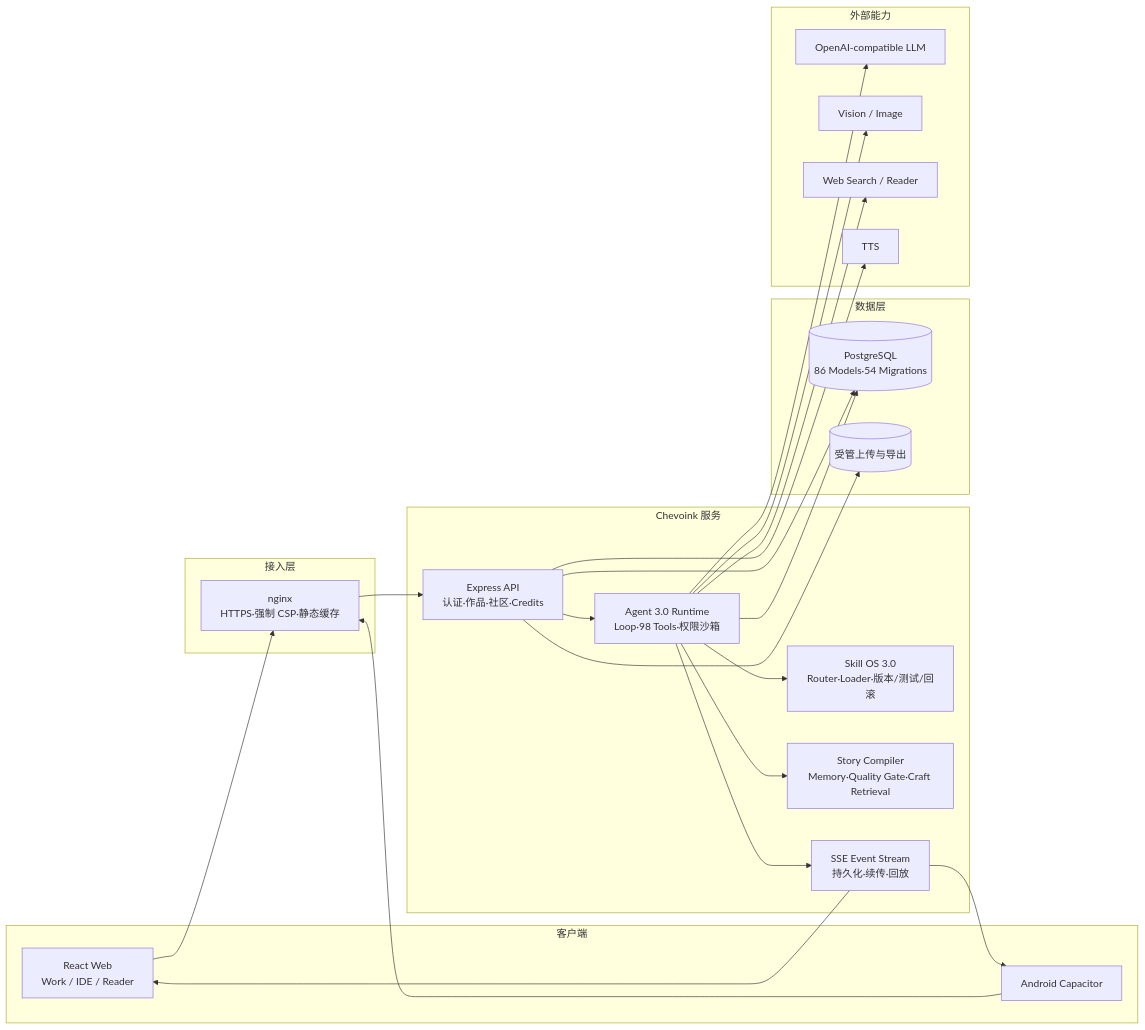
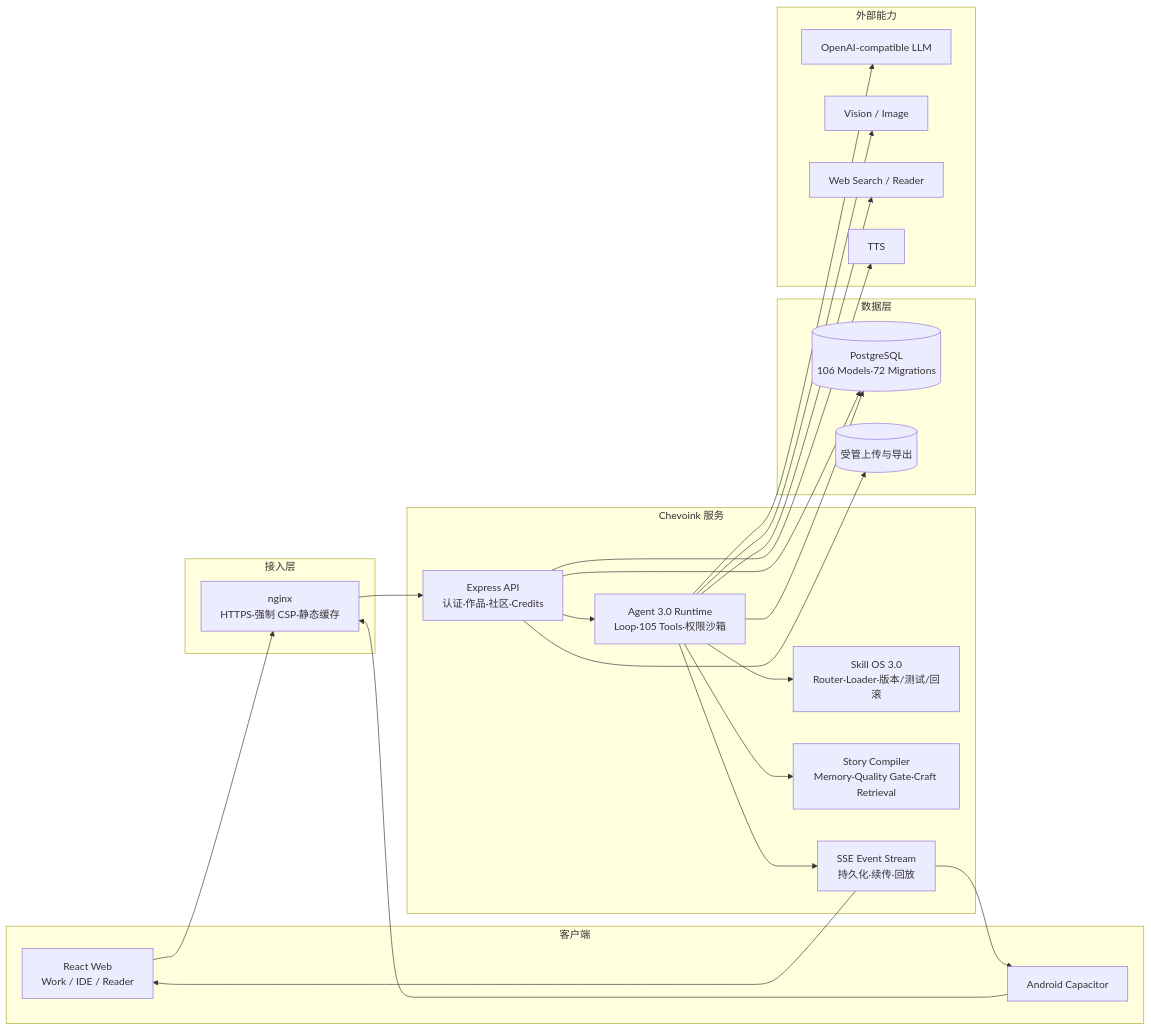
One commit to Xcy8010/chevoink changed the second of 2 diagrams in README.md. Above: the diagram before and after it, drawn with Mermaid. The commit also changed other lines of this file and 5 other files, not shown here.

````diff
--- a/README.md
+++ b/README.md
@@ -77,43 +77,43 @@
 ```mermaid
 flowchart LR
   subgraph Client[客户端]
     WEB[React Web<br/>Work / IDE / Reader]
     APP[Android Capacitor]
   end
   subgraph Edge[接入层]
     NGINX[nginx<br/>HTTPS·强制 CSP·静态缓存]
   end
   subgraph Service[Chevoink 服务]
     API[Express API<br/>认证·作品·社区·Credits]
-    LOOP[Agent 3.0 Runtime<br/>Loop·98 Tools·权限沙箱]
+    LOOP[Agent 3.0 Runtime<br/>Loop·105 Tools·权限沙箱]
     SKILL[Skill OS 3.0<br/>Router·Loader·版本/测试/回滚]
     STORY[Story Compiler<br/>Memory·Quality Gate·Craft Retrieval]
     SSE[SSE Event Stream<br/>持久化·续传·回放]
   end
   subgraph Data[数据层]
-    PG[(PostgreSQL<br/>86 Models·54 Migrations)]
+    PG[(PostgreSQL<br/>106 Models·72 Migrations)]
     FILES[(受管上传与导出)]
   end
   subgraph Providers[外部能力]
     LLM[OpenAI-compatible LLM]
     VISION[Vision / Image]
     SEARCH[Web Search / Reader]
     TTS[TTS]
   end
   WEB --> NGINX
   APP --> NGINX
   NGINX --> API
   API --> LOOP
   LOOP --> SKILL
   LOOP --> STORY
   LOOP --> SSE
   API --> PG
   LOOP --> PG
   API --> FILES
   LOOP --> LLM
   LOOP --> VISION
   LOOP --> SEARCH
   API --> TTS
   SSE --> WEB
   SSE --> APP
 ```
````
